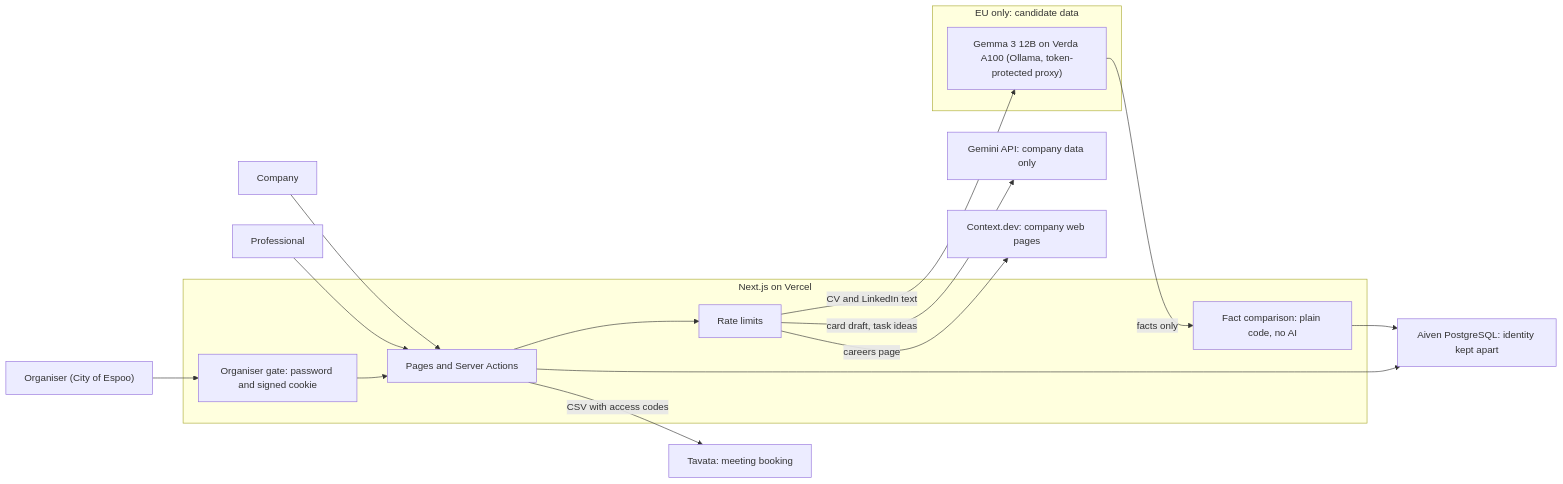
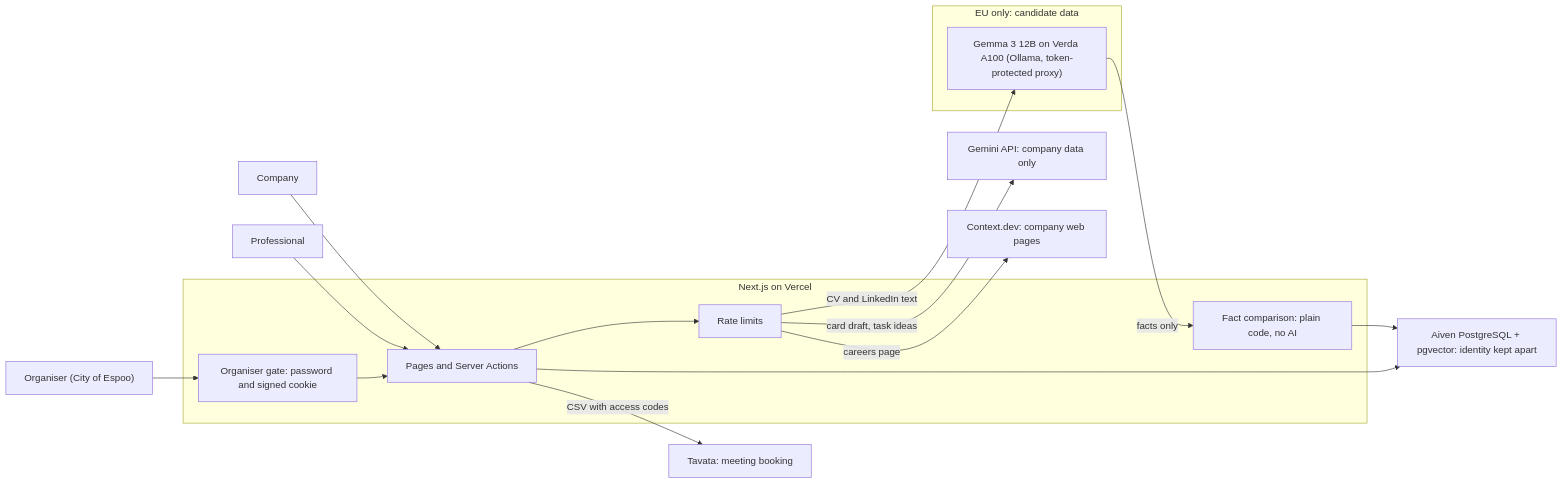
One commit to kassxxv/junction-2026-lafa changed the first of 3 diagrams in README.md. Above: the diagram before and after it, drawn with Mermaid. The commit also changed other lines of this file and 22 other files, not shown here.

````diff
--- a/README.md
+++ b/README.md
@@ -125,24 +126,24 @@
 ```mermaid
 flowchart LR
   C["Company"] --> UI
   P["Professional"] --> UI
   O["Organiser (City of Espoo)"] --> GATE
 
   subgraph APP ["Next.js on Vercel"]
     GATE["Organiser gate: password and signed cookie"] --> UI["Pages and Server Actions"]
     UI --> RL["Rate limits"]
     FACTS["Fact comparison: plain code, no AI"]
   end
 
   subgraph EU ["EU only: candidate data"]
     GEMMA["Gemma 3 12B on Verda A100 (Ollama, token-protected proxy)"]
   end
 
   RL -- "card draft, task ideas" --> GEMINI["Gemini API: company data only"]
   RL -- "careers page" --> CTX["Context.dev: company web pages"]
   RL -- "CV and LinkedIn text" --> GEMMA
   GEMMA -- "facts only" --> FACTS
-  FACTS --> DB["Aiven PostgreSQL: identity kept apart"]
+  FACTS --> DB["Aiven PostgreSQL + pgvector: identity kept apart"]
   UI --> DB
   UI -- "CSV with access codes" --> TAVATA["Tavata: meeting booking"]
 ```
````
